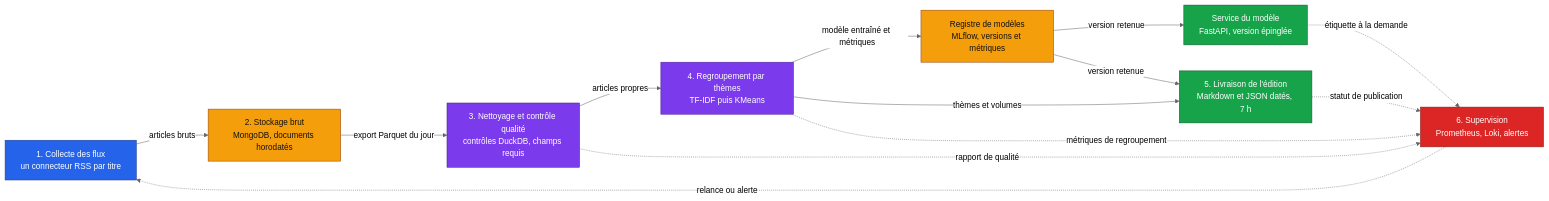
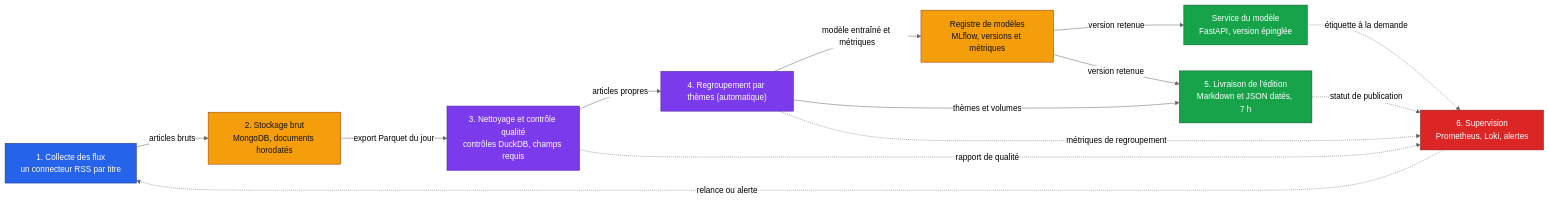
The diagram in docs/architecture.md (Adam-Blf/Projet-M2OPS), drawn with Mermaid (neutral theme) before and after one commit. The commit also changed other lines of this file, not shown here.

Commit message:
docs(architecture): align theme clustering description with automatic method

````diff
--- a/docs/architecture.md
+++ b/docs/architecture.md
@@ -7,36 +7,36 @@
 ```mermaid
 flowchart LR
   S1["1. Collecte des flux<br/>un connecteur RSS par titre"]
   S2["2. Stockage brut<br/>MongoDB, documents horodatés"]
   S3["3. Nettoyage et contrôle qualité<br/>contrôles DuckDB, champs requis"]
-  S4["4. Regroupement par thèmes<br/>TF-IDF puis KMeans"]
+  S4["4. Regroupement par thèmes (automatique)"]
   M1["Registre de modèles<br/>MLflow, versions et métriques"]
   M2["Service du modèle<br/>FastAPI, version épinglée"]
   S5["5. Livraison de l'édition<br/>Markdown et JSON datés, 7 h"]
   S6["6. Supervision<br/>Prometheus, Loki, alertes"]
 
   S1 -->|articles bruts| S2
   S2 -->|export Parquet du jour| S3
   S3 -->|articles propres| S4
   S4 -->|modèle entraîné et métriques| M1
   M1 -->|version retenue| M2
   M1 -->|version retenue| S5
   S4 -->|thèmes et volumes| S5
   M2 -.->|étiquette à la demande| S6
   S3 -.->|rapport de qualité| S6
   S4 -.->|métriques de regroupement| S6
   S5 -.->|statut de publication| S6
   S6 -.->|relance ou alerte| S1
 
   classDef input fill:#2563eb,stroke:#1e3a8a,color:#fff
   classDef process fill:#7c3aed,stroke:#4c1d95,color:#fff
   classDef store fill:#f59e0b,stroke:#92400e,color:#111
   classDef ok fill:#16a34a,stroke:#14532d,color:#fff
   classDef error fill:#dc2626,stroke:#7f1d1d,color:#fff
 
   class S1 input
   class S2,M1 store
   class S3,S4 process
   class S5,M2 ok
   class S6 error
 ```
````
